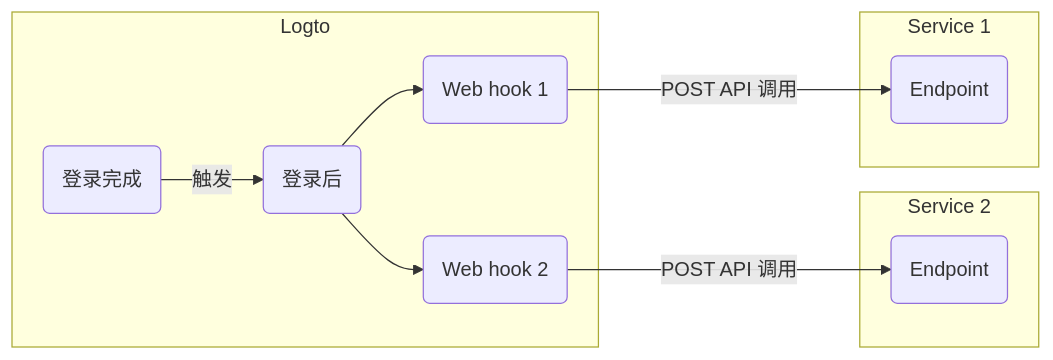
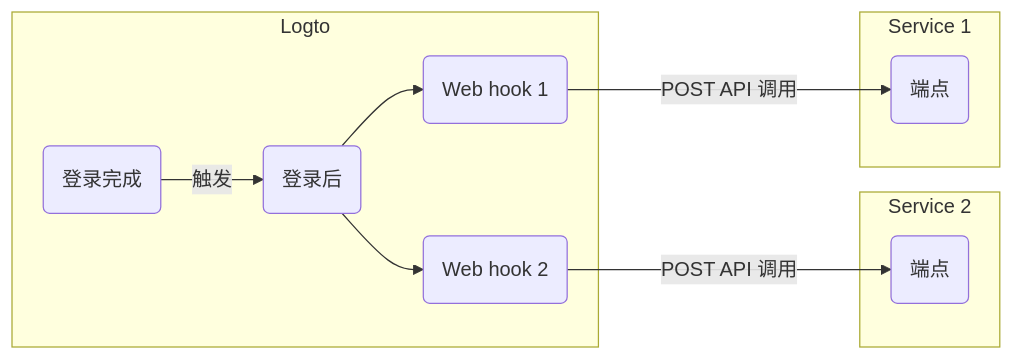
The diagram in i18n/zh-CN/docusaurus-plugin-content-docs/current/developers/webhooks/README.mdx (logto-io/docs), drawn with Mermaid before and after one commit. The commit also changed other lines of this file and 234 other files, not shown here.

````diff
--- a/i18n/zh-CN/docusaurus-plugin-content-docs/current/developers/webhooks/README.mdx
+++ b/i18n/zh-CN/docusaurus-plugin-content-docs/current/developers/webhooks/README.mdx
@@ -36,24 +36,24 @@
 ```mermaid
 graph LR
   subgraph Logto
     SF(登录完成)
     PS(登录后)
     WH2(Web hook 2)
     WH1(Web hook 1)
   end
 
   subgraph Service 2
-    E2(Endpoint)
+    E2(端点)
   end
 
   subgraph Service 1
-    E1(Endpoint)
+    E1(端点)
   end
 
   SF -->|触发| PS
   PS --> WH1
   PS --> WH2
   WH1 --->|POST API 调用| E1
   WH2 --->|POST API 调用| E2
 
 ```
````
